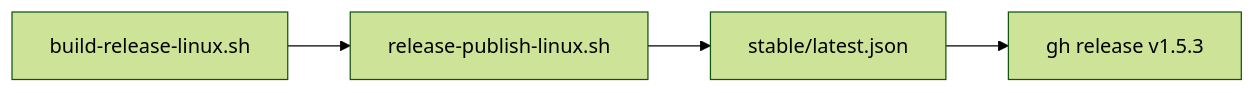
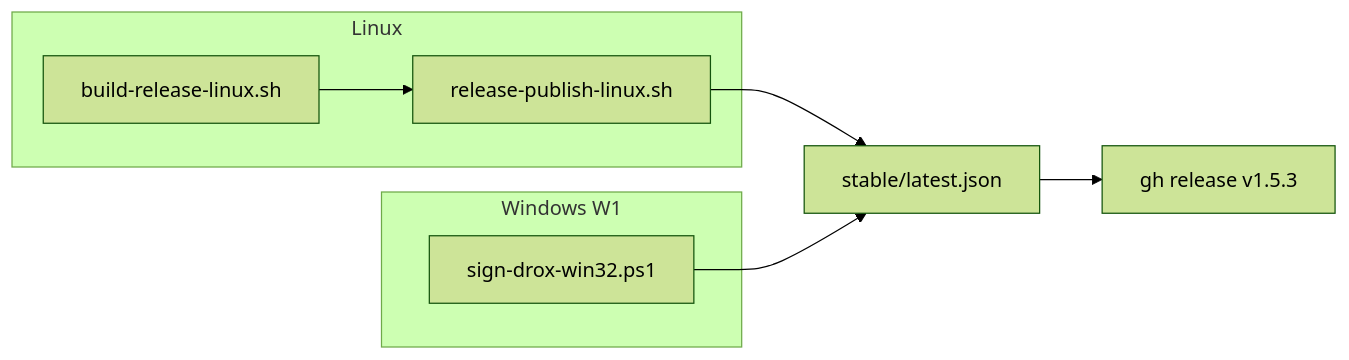
One commit to DroxKiwi/Drox---IDE changed the diagram in drox-engine/docs/1.5/1.5.3/PLAN-1.5.3.md. Above: the diagram before and after it, drawn with Mermaid (forest theme). The commit also changed other lines of this file and 3 other files, not shown here.

````diff
--- a/drox-engine/docs/1.5/1.5.3/PLAN-1.5.3.md
+++ b/drox-engine/docs/1.5/1.5.3/PLAN-1.5.3.md
@@ -60,8 +80,15 @@
 ```mermaid
 flowchart LR
-  B["build-release-linux.sh"]
-  P["release-publish-linux.sh"]
+  subgraph LIN["Linux"]
+    B["build-release-linux.sh"]
+    P["release-publish-linux.sh"]
+  end
+  subgraph WIN["Windows W1"]
+    S["sign-drox-win32.ps1"]
+  end
   M["stable/latest.json"]
   R["gh release v1.5.3"]
-  B --> P --> M --> R
+  B --> P --> M
+  S --> M
+  M --> R
 ```
````
